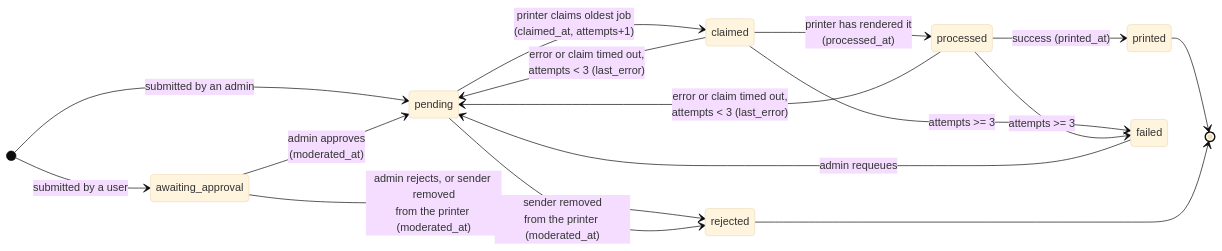
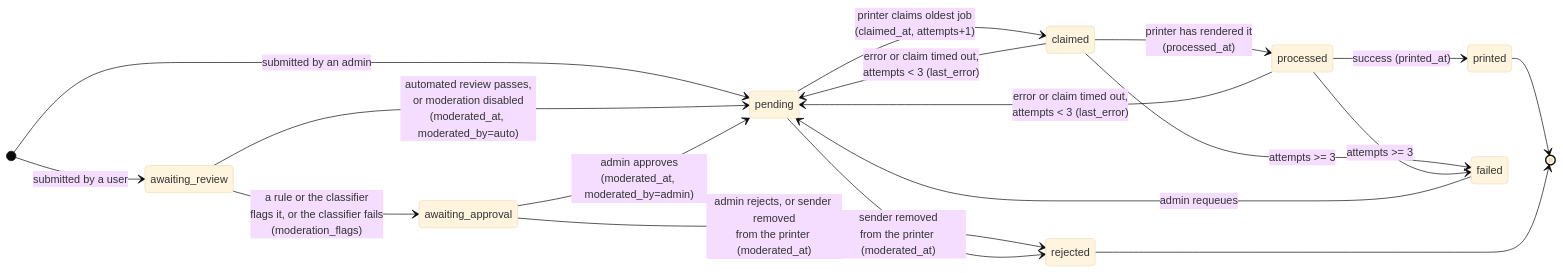
One commit to DamDRAIME/burn-before-reading changed the third of 3 diagrams in server/README.md. Above: the diagram before and after it, drawn with Mermaid (base theme). The commit also changed other lines of this file and 21 other files, not shown here.

First line of the commit message:
Add.: Enabling automated moderation (#6)

````diff
--- a/server/README.md
+++ b/server/README.md
@@ -290,19 +307,21 @@
 ```mermaid
 stateDiagram-v2
 direction LR
-[*] --> awaiting_approval : submitted by a user
+[*] --> awaiting_review : submitted by a user
 [*] --> pending : submitted by an admin
-awaiting_approval --> pending : admin approves<br/>(moderated_at)
+awaiting_review --> pending : automated review passes,<br/>or moderation disabled<br/>(moderated_at, moderated_by=auto)
+awaiting_review --> awaiting_approval : a rule or the classifier<br/>flags it, or the classifier fails<br/>(moderation_flags)
+awaiting_approval --> pending : admin approves<br/>(moderated_at, moderated_by=admin)
 awaiting_approval --> rejected : admin rejects, or sender removed<br/>from the printer (moderated_at)
 pending --> rejected : sender removed<br/>from the printer (moderated_at)
 pending --> claimed : printer claims oldest job<br/>(claimed_at, attempts+1)
 claimed --> processed : printer has rendered it<br/>(processed_at)
 processed --> printed : success (printed_at)
 claimed --> pending : error or claim timed out,<br/>attempts < 3 (last_error)
 processed --> pending : error or claim timed out,<br/>attempts < 3 (last_error)
 claimed --> failed : attempts >= 3
 processed --> failed : attempts >= 3
 failed --> pending : admin requeues
 printed --> [*]
 rejected --> [*]
 ```
````
